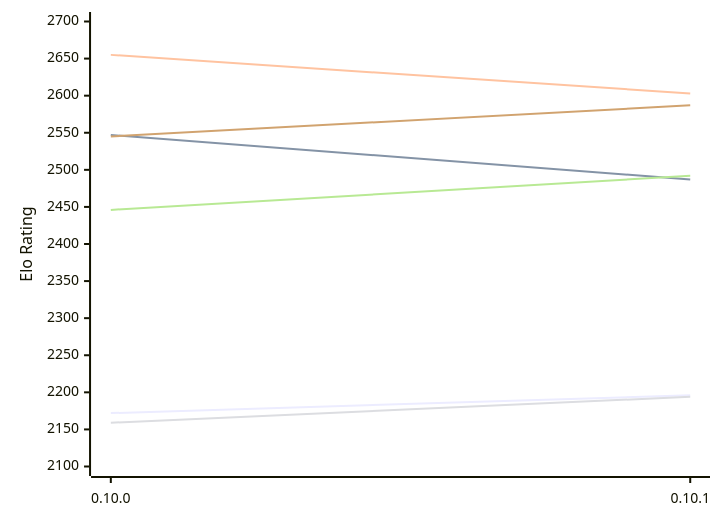
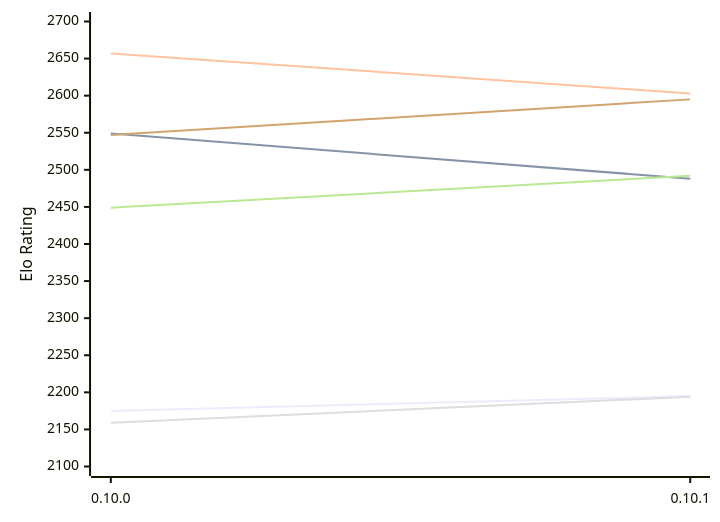
Before and after one commit to computer-chess-index/cci: the first of 2 diagrams in engines/Fatalii.md, drawn with Mermaid. The commit also changed other lines of this file, not shown here.

Commit message:
Update CCI Ratings (ELO VLTC) - 2026-11-19

````diff
--- a/engines/Fatalii.md
+++ b/engines/Fatalii.md
@@ -50,12 +50,12 @@
 ```mermaid
 %%{init: {"theme":"base","themeVariables":{"seriesColors:['#a3a3a3','#222221','#faa371']}}}%%
 xychart-beta
   x-axis ["0.10.0", "0.10.1"]
   y-axis "Elo Rating" 2100 --> 2700
-  line "E1: STC (8.0+0.08s)" [2172, 2196]
-  line "E1: LTC (60.0+0.60s)" [2547, 2487]
-  line "E1: VLTC (2m24s+1.12s)" [2655, 2603]
+  line "E1: STC (8.0+0.08s)" [2175, 2195]
+  line "E1: LTC (60.0+0.60s)" [2549, 2488]
+  line "E1: VLTC (2m24s+1.12s)" [2657, 2603]
   line "P1: STC (8.0+0.08s)" [2159, 2194]
-  line "P1: LTC (60.0+0.60s)" [2446, 2492]
-  line "P1: VLTC (2m24s+1.12s)" [2545, 2587]
+  line "P1: LTC (60.0+0.60s)" [2449, 2492]
+  line "P1: VLTC (2m24s+1.12s)" [2547, 2595]
 ```
````
